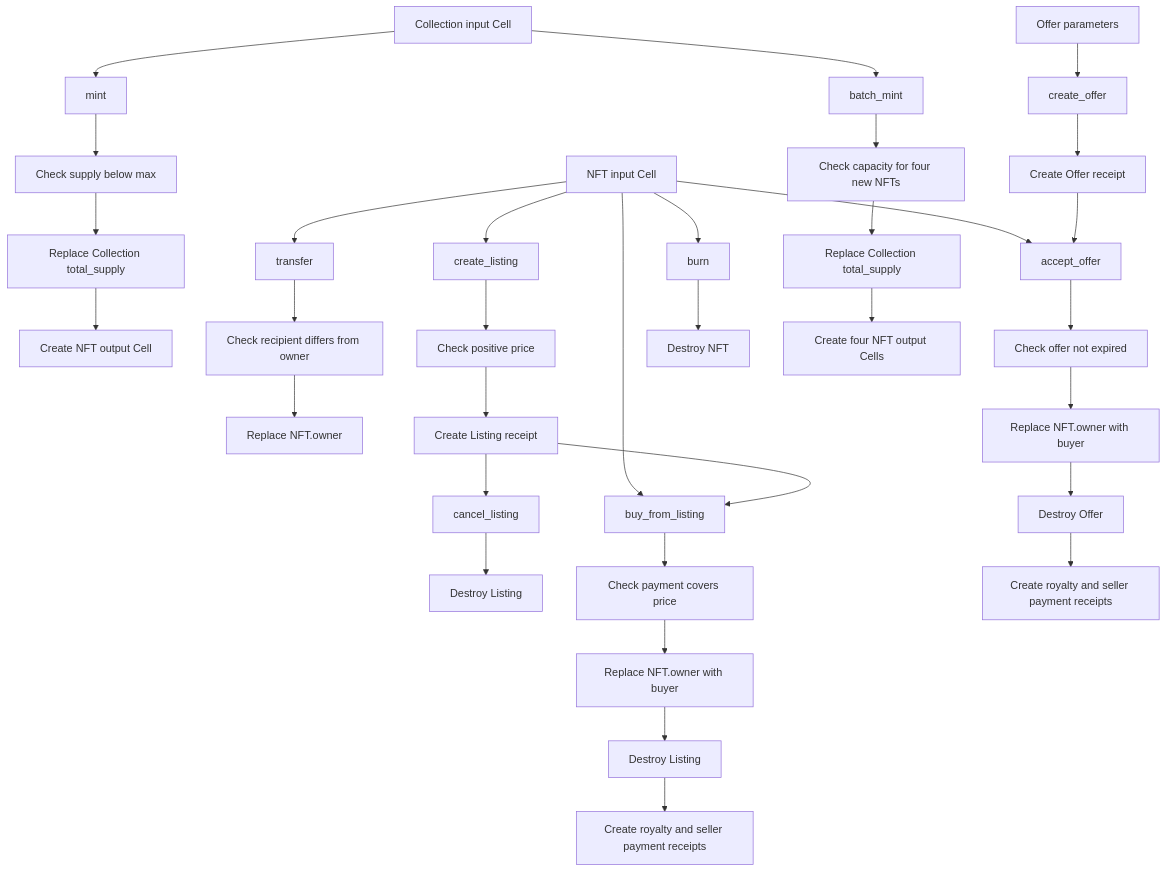
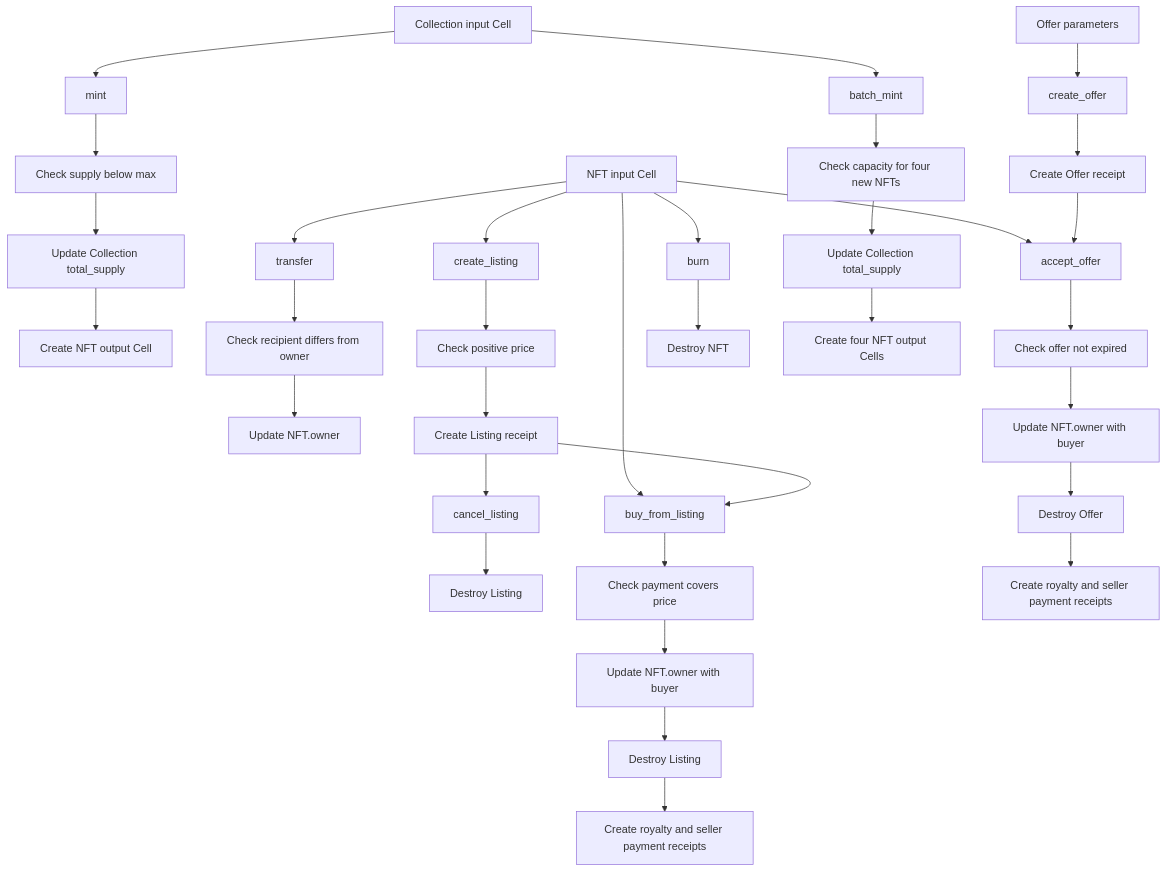
The sixth of 12 diagrams in docs/CELLSCRIPT_EXAMPLE_BUSINESS_FLOWS.md (CellScript-Labs/CellScript), drawn with Mermaid before and after one commit. The commit also changed other lines of this file and 74 other files, not shown here.

````diff
--- a/docs/CELLSCRIPT_EXAMPLE_BUSINESS_FLOWS.md
+++ b/docs/CELLSCRIPT_EXAMPLE_BUSINESS_FLOWS.md
@@ -185,43 +185,43 @@
 ```mermaid
 flowchart TD
     A["Collection input Cell"] --> B["mint"]
     B --> C["Check supply below max"]
-    C --> D["Replace Collection total_supply"]
+    C --> D["Update Collection total_supply"]
     D --> E["Create NFT output Cell"]
 
     F["NFT input Cell"] --> G["transfer"]
     G --> H["Check recipient differs from owner"]
-    H --> I["Replace NFT.owner"]
+    H --> I["Update NFT.owner"]
 
     F --> J["create_listing"]
     J --> K["Check positive price"]
     K --> L["Create Listing receipt"]
 
     L --> M["cancel_listing"]
     M --> N["Destroy Listing"]
 
     F --> O["buy_from_listing"]
     L --> O
     O --> P["Check payment covers price"]
-    P --> Q["Replace NFT.owner with buyer"]
+    P --> Q["Update NFT.owner with buyer"]
     Q --> R["Destroy Listing"]
     R --> S["Create royalty and seller payment receipts"]
 
     T["Offer parameters"] --> U["create_offer"]
     U --> V["Create Offer receipt"]
 
     F --> W["accept_offer"]
     V --> W
     W --> X["Check offer not expired"]
-    X --> Y["Replace NFT.owner with buyer"]
+    X --> Y["Update NFT.owner with buyer"]
     Y --> Z["Destroy Offer"]
     Z --> AA["Create royalty and seller payment receipts"]
 
     F --> AB["burn"]
     AB --> AC["Destroy NFT"]
 
     A --> AD["batch_mint"]
     AD --> AE["Check capacity for four new NFTs"]
-    AE --> AF["Replace Collection total_supply"]
+    AE --> AF["Update Collection total_supply"]
     AF --> AG["Create four NFT output Cells"]
 ```
````
